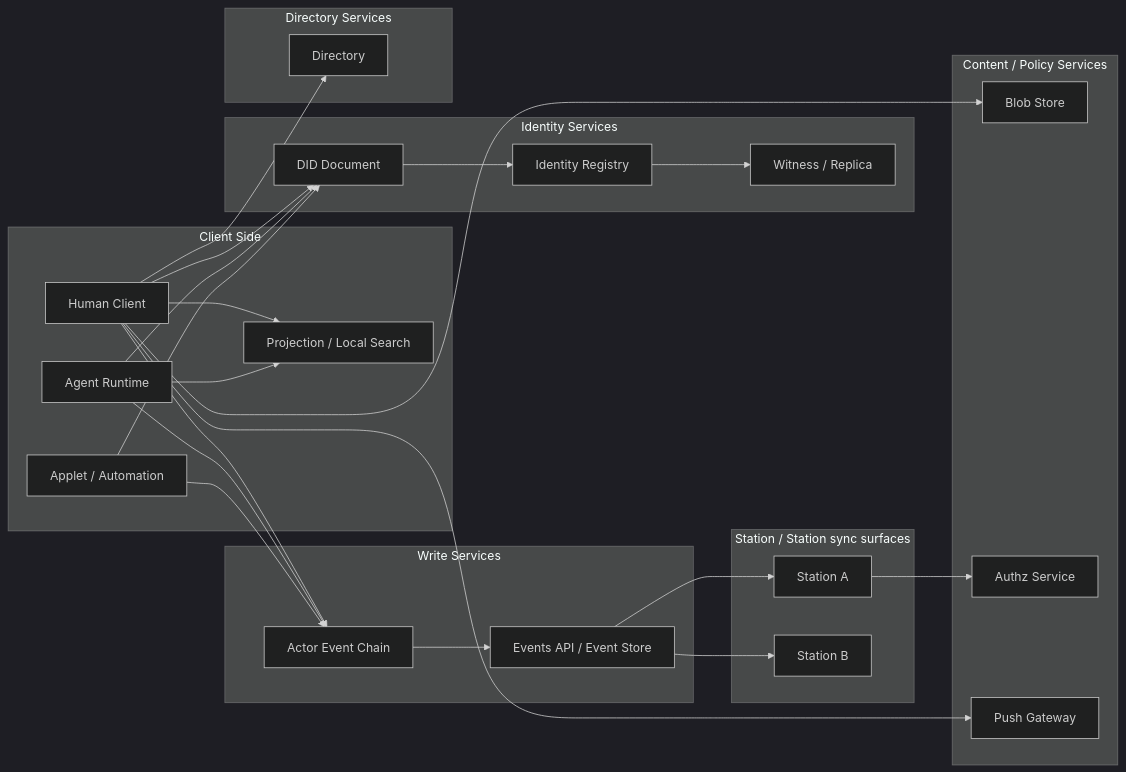
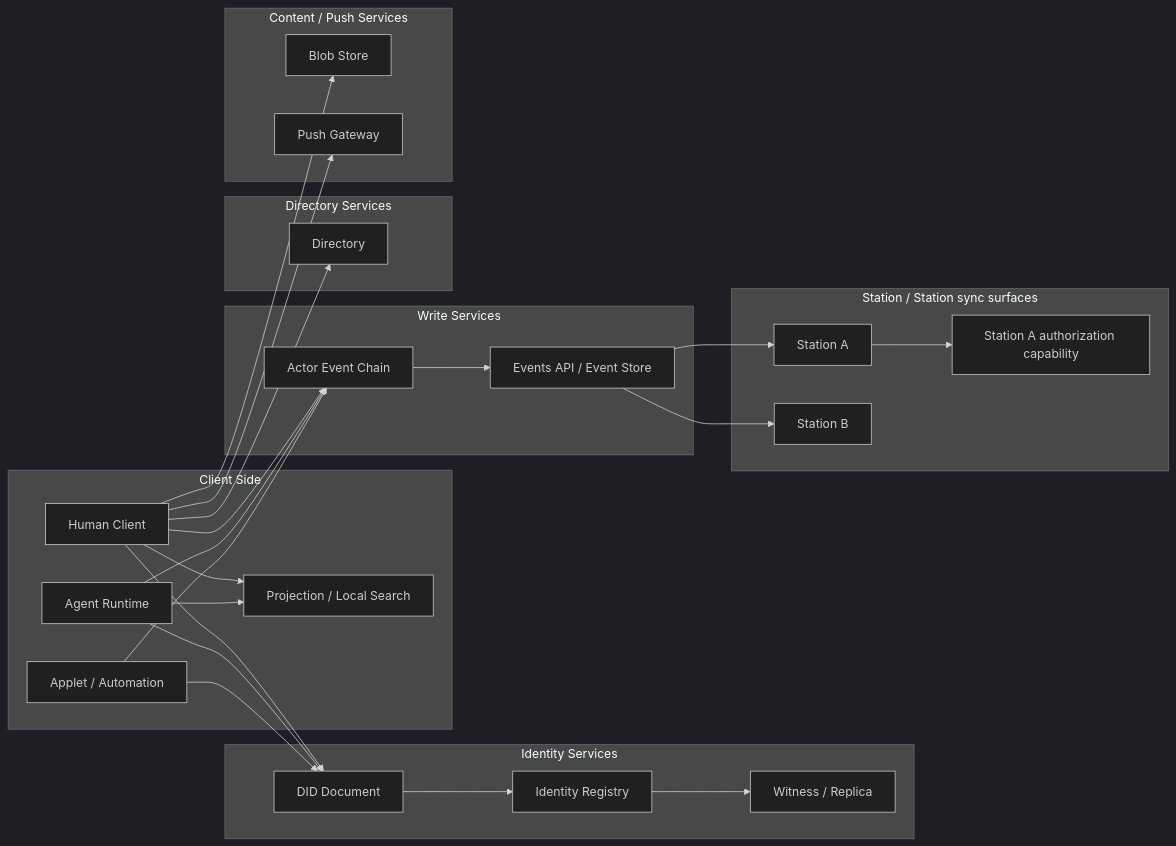
The second of 2 diagrams in spec/v1/zh/overview/architecture.md (arkret-org/arkret-spec), drawn with Mermaid (dark theme) before and after one commit. The commit also changed 22 other files, not shown here.

````diff
--- a/spec/v1/zh/overview/architecture.md
+++ b/spec/v1/zh/overview/architecture.md
@@ -321,56 +321,56 @@
 ```mermaid
 flowchart LR
     subgraph "Client Side"
         C1["Human Client"]
         C2["Agent Runtime"]
         C3["Applet / Automation"]
         CQ["Projection / Local Search"]
     end
 
     subgraph "Identity Services"
         DID["DID Document"]
         REG["Identity Registry"]
         WIT["Witness / Replica"]
     end
 
     subgraph "Write Services"
         EV["Actor Event Chain"]
         ER["Events API / Event Store"]
     end
 
     subgraph "Station / Station sync surfaces"
         PS1["Station A"]
         PS2["Station B"]
+        AUTHZ["Station A authorization capability"]
     end
 
     subgraph "Directory Services"
         DIR["Directory"]
     end
 
-    subgraph "Content / Policy Services"
+    subgraph "Content / Push Services"
         BLOB["Blob Store"]
-        AUTHZ["Authz Service"]
         PUSH["Push Gateway"]
     end
 
     C1 --> DID
     C2 --> DID
     C3 --> DID
     DID --> REG
     REG --> WIT
 
     C1 --> EV
     C2 --> EV
     C3 --> EV
     EV --> ER
     ER --> PS1
     ER --> PS2
 
     C1 --> CQ
     C2 --> CQ
     C1 --> DIR
     C1 --> BLOB
 
     PS1 --> AUTHZ
     C1 --> PUSH
 ```
````
